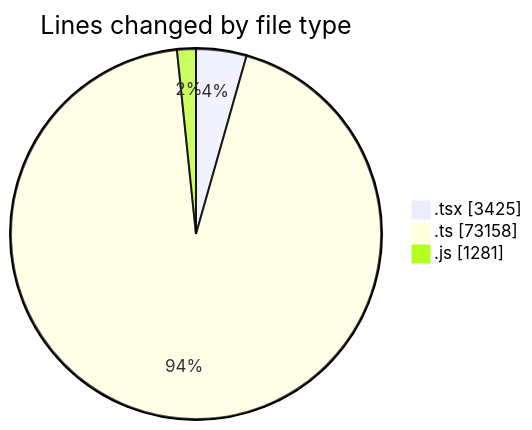
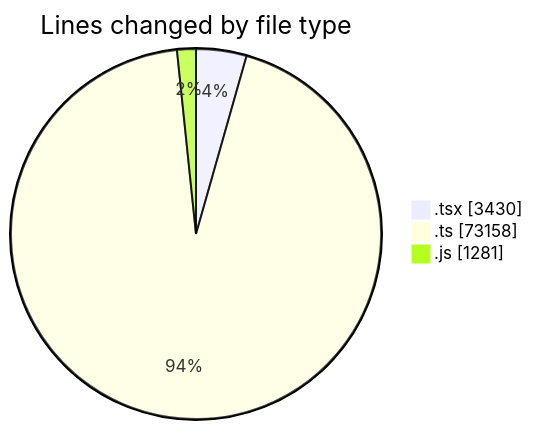
The first of 2 diagrams in 2026-11-09/cda/README.md (momahboobian/code-tracking), drawn with Mermaid before and after one commit. The commit also changed other lines of this file and 1 other file, not shown here.

````diff
--- a/2026-11-09/cda/README.md
+++ b/2026-11-09/cda/README.md
@@ -54,7 +54,7 @@
 ```mermaid
 pie showData
 title Lines changed by file type
-".tsx" : 3425
+".tsx" : 3430
 ".ts" : 73158
 ".js" : 1281
 ```
````
